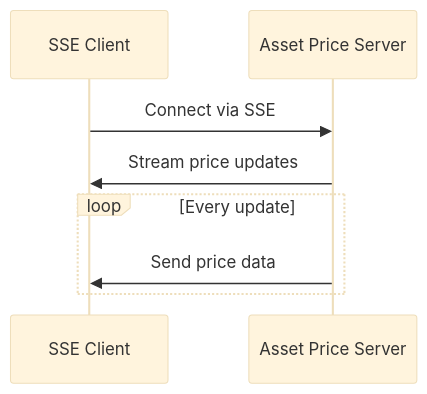
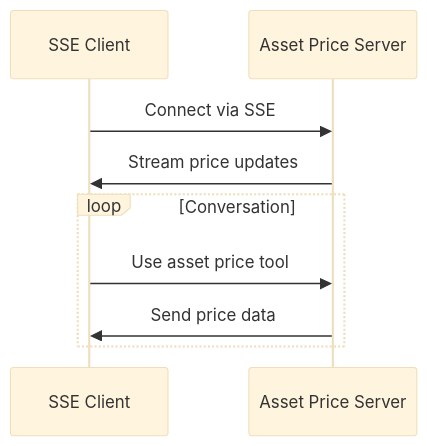
The second of 3 diagrams in README.md (batprem/practical-mcp), drawn with Mermaid (base theme) before and after one commit. The commit also changed other lines of this file and 2 other files, not shown here.

````diff
--- a/README.md
+++ b/README.md
@@ -114,11 +114,12 @@
 ```mermaid
 sequenceDiagram
     participant Client as SSE Client
     participant Server as Asset Price Server
     
     Client->>Server: Connect via SSE
     Server->>Client: Stream price updates
-    loop Every update
+    loop Conversation
+        Client->>Server: Use asset price tool
         Server->>Client: Send price data
     end
 ```
````
